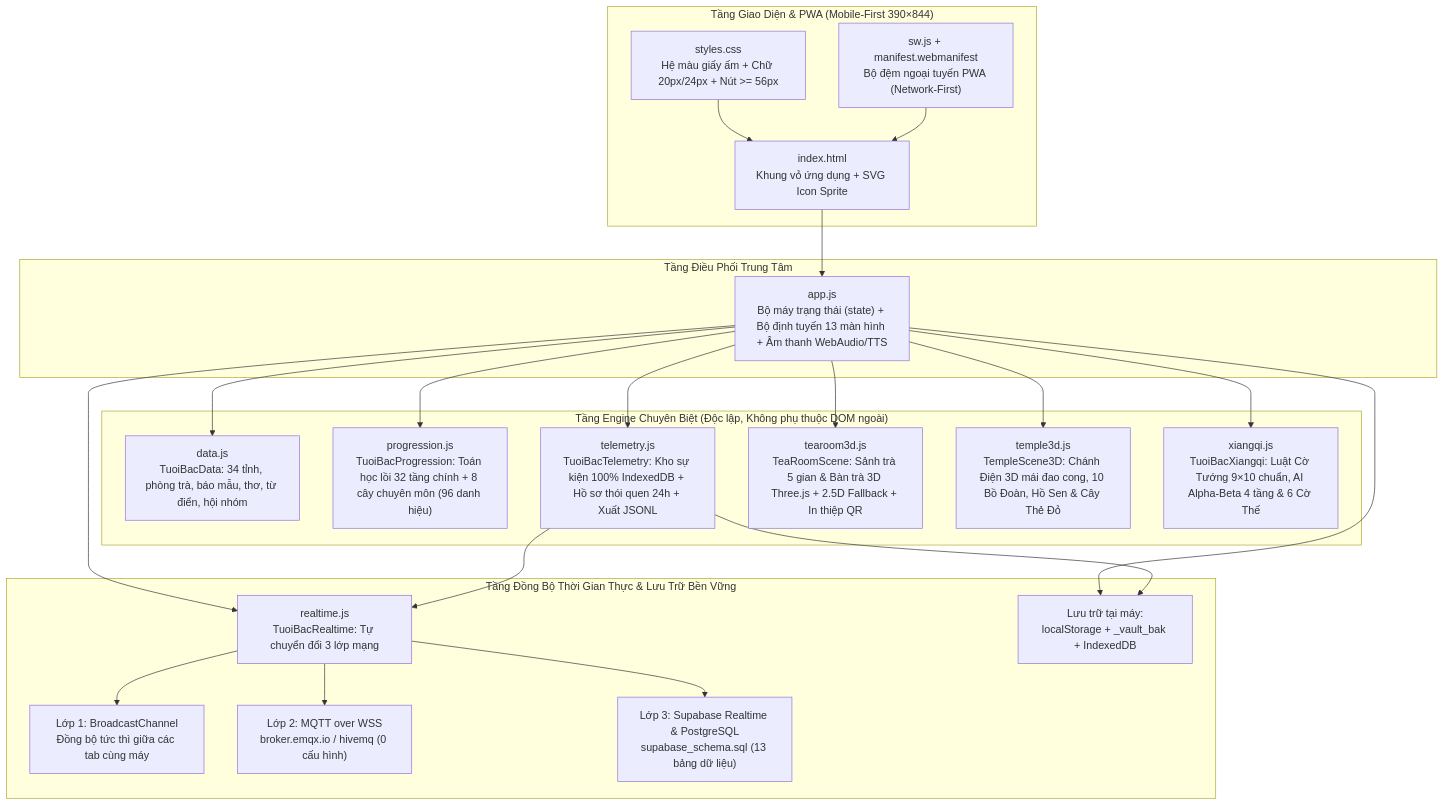
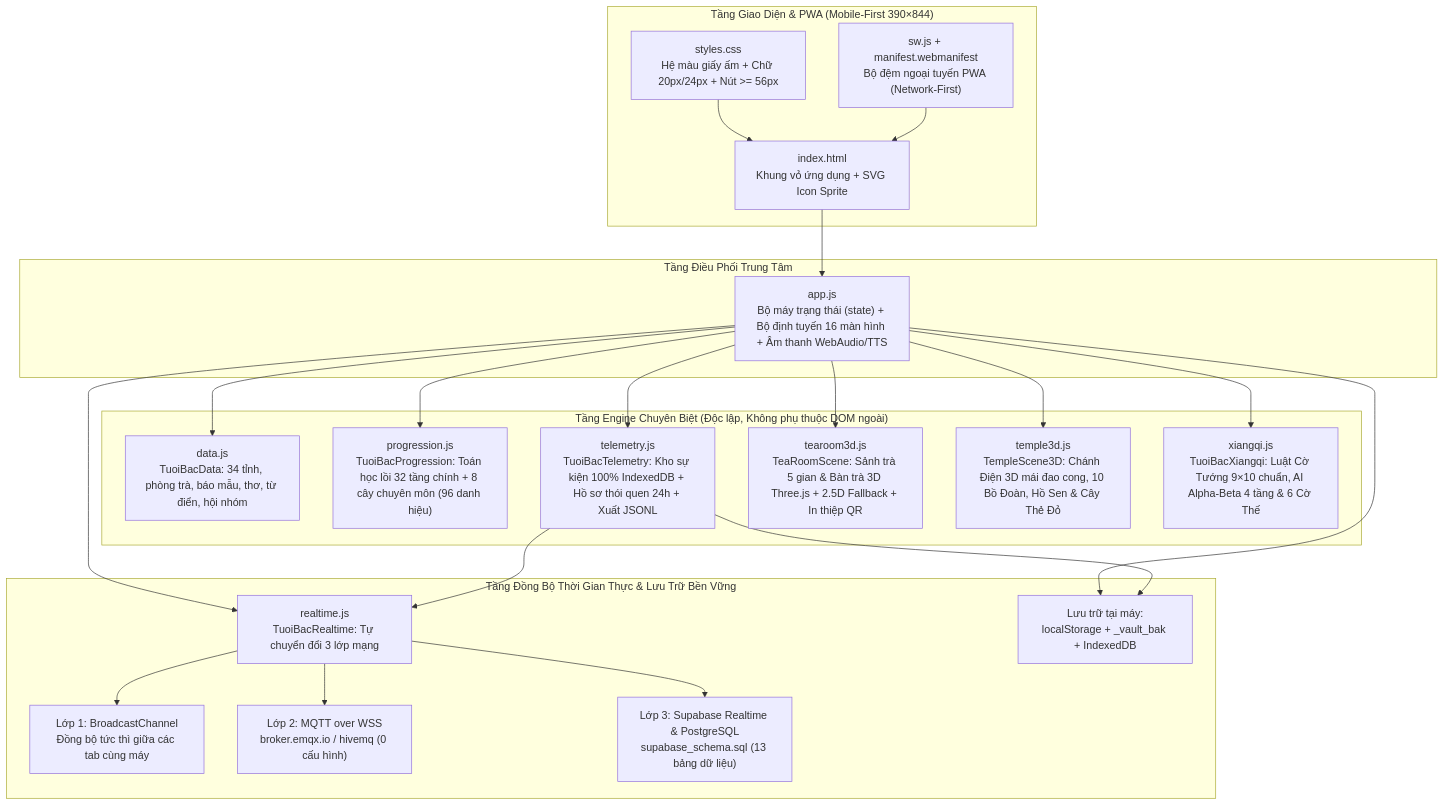
The diagram in ARCHITECTURE.md (tuoibacgroup-create/tuoibacgroup-create.github.io), drawn with Mermaid before and after one commit. The commit also changed other lines of this file and 8 other files, not shown here.

````diff
--- a/ARCHITECTURE.md
+++ b/ARCHITECTURE.md
@@ -9,46 +9,46 @@
 ```mermaid
 flowchart TD
     subgraph UI["Tầng Giao Diện & PWA (Mobile-First 390×844)"]
         HTML["index.html<br/>Khung vỏ ứng dụng + SVG Icon Sprite"]
         CSS["styles.css<br/>Hệ màu giấy ấm + Chữ 20px/24px + Nút >= 56px"]
         SW["sw.js + manifest.webmanifest<br/>Bộ đệm ngoại tuyến PWA (Network-First)"]
     end
 
     subgraph CORE["Tầng Điều Phối Trung Tâm"]
-        APP["app.js<br/>Bộ máy trạng thái (state) + Bộ định tuyến 13 màn hình + Âm thanh WebAudio/TTS"]
+        APP["app.js<br/>Bộ máy trạng thái (state) + Bộ định tuyến 16 màn hình + Âm thanh WebAudio/TTS"]
     end
 
     subgraph ENGINES["Tầng Engine Chuyên Biệt (Độc lập, Không phụ thuộc DOM ngoài)"]
         DATA["data.js<br/>TuoiBacData: 34 tỉnh, phòng trà, báo mẫu, thơ, từ điển, hội nhóm"]
         PROG["progression.js<br/>TuoiBacProgression: Toán học lồi 32 tầng chính + 8 cây chuyên môn (96 danh hiệu)"]
         TEL["telemetry.js<br/>TuoiBacTelemetry: Kho sự kiện 100% IndexedDB + Hồ sơ thói quen 24h + Xuất JSONL"]
         TEA3D["tearoom3d.js<br/>TeaRoomScene: Sảnh trà 5 gian & Bàn trà 3D Three.js + 2.5D Fallback + In thiệp QR"]
         TMP3D["temple3d.js<br/>TempleScene3D: Chánh Điện 3D mái đao cong, 10 Bồ Đoàn, Hồ Sen & Cây Thẻ Đỏ"]
         XQ["xiangqi.js<br/>TuoiBacXiangqi: Luật Cờ Tướng 9×10 chuẩn, AI Alpha-Beta 4 tầng & 6 Cờ Thế"]
     end
 
     subgraph NET["Tầng Đồng Bộ Thời Gian Thực & Lưu Trữ Bền Vững"]
         RT["realtime.js<br/>TuoiBacRealtime: Tự chuyển đổi 3 lớp mạng"]
         BC["Lớp 1: BroadcastChannel<br/>Đồng bộ tức thì giữa các tab cùng máy"]
         MQTT["Lớp 2: MQTT over WSS<br/>broker.emqx.io / hivemq (0 cấu hình)"]
         SB["Lớp 3: Supabase Realtime & PostgreSQL<br/>supabase_schema.sql (13 bảng dữ liệu)"]
         IDB["Lưu trữ tại máy:<br/>localStorage + _vault_bak + IndexedDB"]
     end
 
     HTML --> APP
     CSS --> HTML
     SW --> HTML
     APP --> DATA
     APP --> PROG
     APP --> TEL
     APP --> TEA3D
     APP --> TMP3D
     APP --> XQ
     APP --> RT
     APP --> IDB
     TEL --> IDB
     TEL --> RT
     RT --> BC
     RT --> MQTT
     RT --> SB
 ```
````
